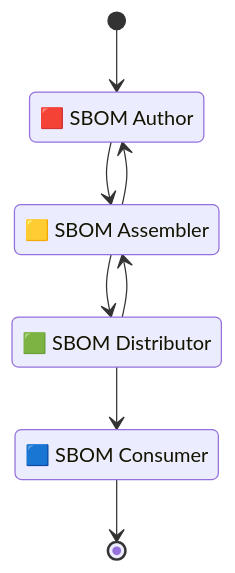
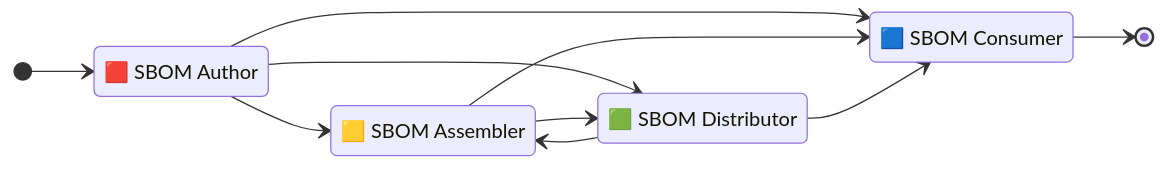
Before and after one commit to CPAN-Security/security.metacpan.org: the first of 2 diagrams in docs/supplychain-sbom.md, drawn with Mermaid. The commit also changed other lines of this file, not shown here.

First line of the commit message:
SBOM Roles graph, fields and references updates

````diff
--- a/docs/supplychain-sbom.md
+++ b/docs/supplychain-sbom.md
@@ -40,18 +40,20 @@
 ```mermaid
 stateDiagram-v2
-    direction TB
+    direction LR
 
     state "🟥 SBOM Author" as sbom_author
     state "🟨 SBOM Assembler" as sbom_assembler
     state "🟩 SBOM Distributor" as sbom_distributor
     state "🟦 SBOM Consumer" as sbom_consumer
 
     [*] --> sbom_author
     sbom_author --> sbom_assembler
+    sbom_author --> sbom_consumer
+    sbom_author --> sbom_distributor
     sbom_assembler --> sbom_distributor
-    sbom_assembler --> sbom_author
+    sbom_assembler --> sbom_consumer
+    sbom_distributor --> sbom_assembler
     sbom_distributor --> sbom_consumer
-    sbom_distributor --> sbom_assembler
     sbom_consumer --> [*]
 
 ```
````
